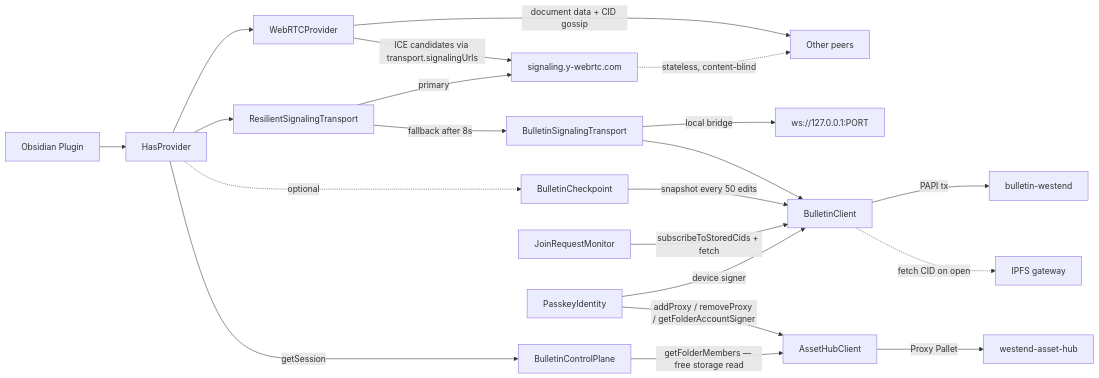
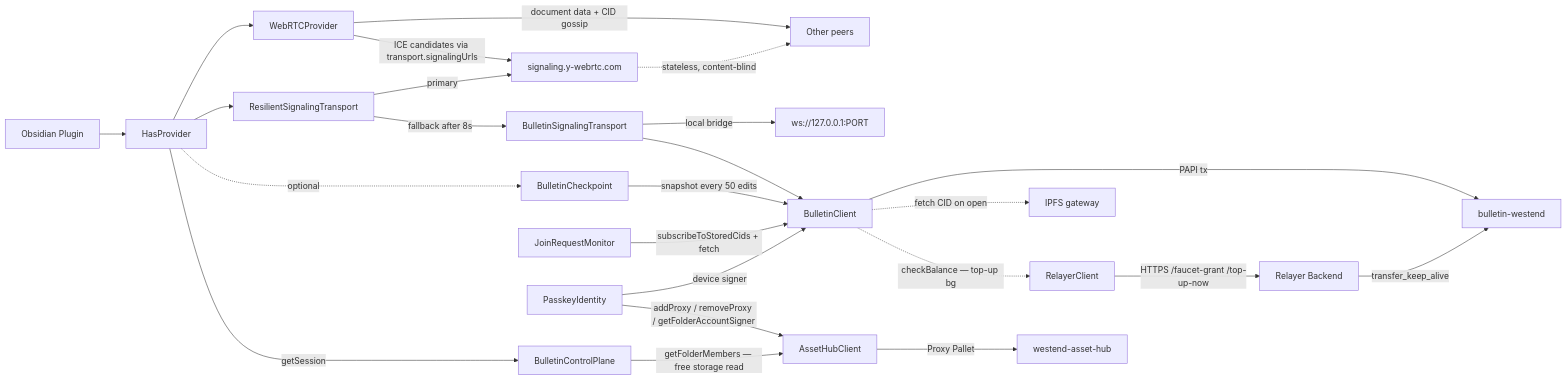
The second of 8 diagrams in README.md (luzanikita/decentralized-relay), drawn with Mermaid before and after one commit. The commit also changed other lines of this file, not shown here.

First line of the commit message:
docs: update diagrams and Phase 7 description for gas management

````diff
--- a/README.md
+++ b/README.md
@@ -29,23 +29,26 @@
 ```mermaid
 graph LR
     A[Obsidian Plugin] --> B[HasProvider]
     B --> C[WebRTCProvider]
     B --> T[ResilientSignalingTransport]
     T -->|primary| D[signaling.y-webrtc.com]
     T -->|fallback after 8s| BST[BulletinSignalingTransport]
     BST -->|local bridge| LWS[ws://127.0.0.1:PORT]
     C -->|document data + CID gossip| E[Other peers]
     C -->|ICE candidates via transport.signalingUrls| D
     D -.->|stateless, content-blind| E
     B -.->|optional| F[BulletinCheckpoint]
     F -->|snapshot every 50 edits| G[BulletinClient]
     G -->|PAPI tx| H[bulletin-westend]
     G -.->|fetch CID on open| I[IPFS gateway]
+    G -.->|checkBalance — top-up bg| RC[RelayerClient]
+    RC -->|HTTPS /faucet-grant /top-up-now| RB[Relayer Backend]
+    RB -->|transfer_keep_alive| H
     BST --> G
     AH -->|Proxy Pallet| AHC[westend-asset-hub]
     B -->|getSession| BCP[BulletinControlPlane]
     JRM[JoinRequestMonitor] -->|subscribeToStoredCids + fetch| G
     PK[PasskeyIdentity] -->|device signer| G
     BCP -->|getFolderMembers — free storage read| AH
     PK -->|addProxy / removeProxy / getFolderAccountSigner| AH[AssetHubClient]
 ```
````
